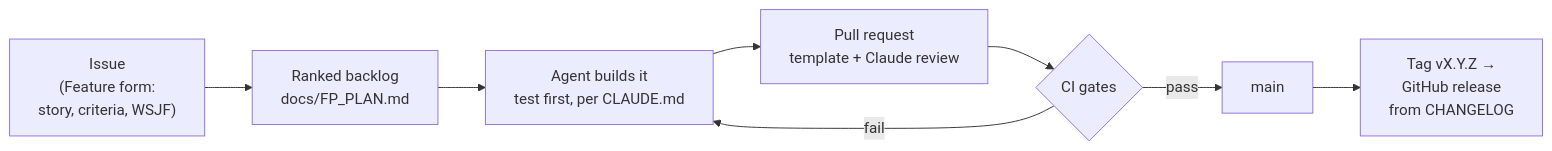
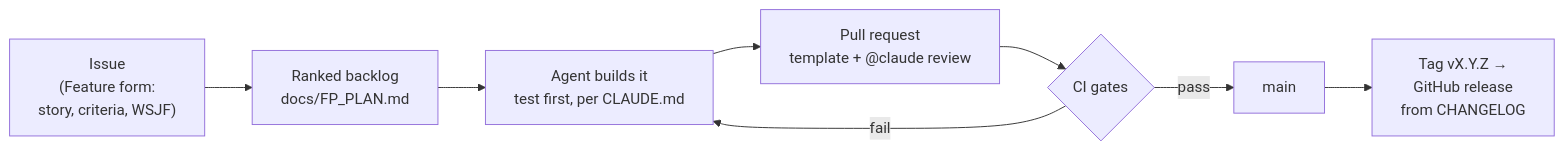
One commit to petekaik/spotify-curator changed the second of 2 diagrams in README.md. Above: the diagram before and after it, drawn with Mermaid. The commit also changed other lines of this file and 2 other files, not shown here.

Commit message:
ci: run Claude on @claude mentions only, with Haiku
Automatic reviews on every PR push used Claude tokens for each commit.
Reviews now run when asked ("@claude review") on a smaller model.

````diff
--- a/README.md
+++ b/README.md
@@ -133,10 +133,10 @@
 ```mermaid
 flowchart LR
     I["Issue<br/>(Feature form:<br/>story, criteria, WSJF)"] --> B[Ranked backlog<br/>docs/FP_PLAN.md]
     B --> D["Agent builds it<br/>test first, per CLAUDE.md"]
-    D --> PR[Pull request<br/>template + Claude review]
+    D --> PR[Pull request<br/>template + @claude review]
     PR --> G{CI gates}
     G -->|pass| M[main]
     M --> RL[Tag vX.Y.Z →<br/>GitHub release<br/>from CHANGELOG]
     G -->|fail| D
 ```
````
